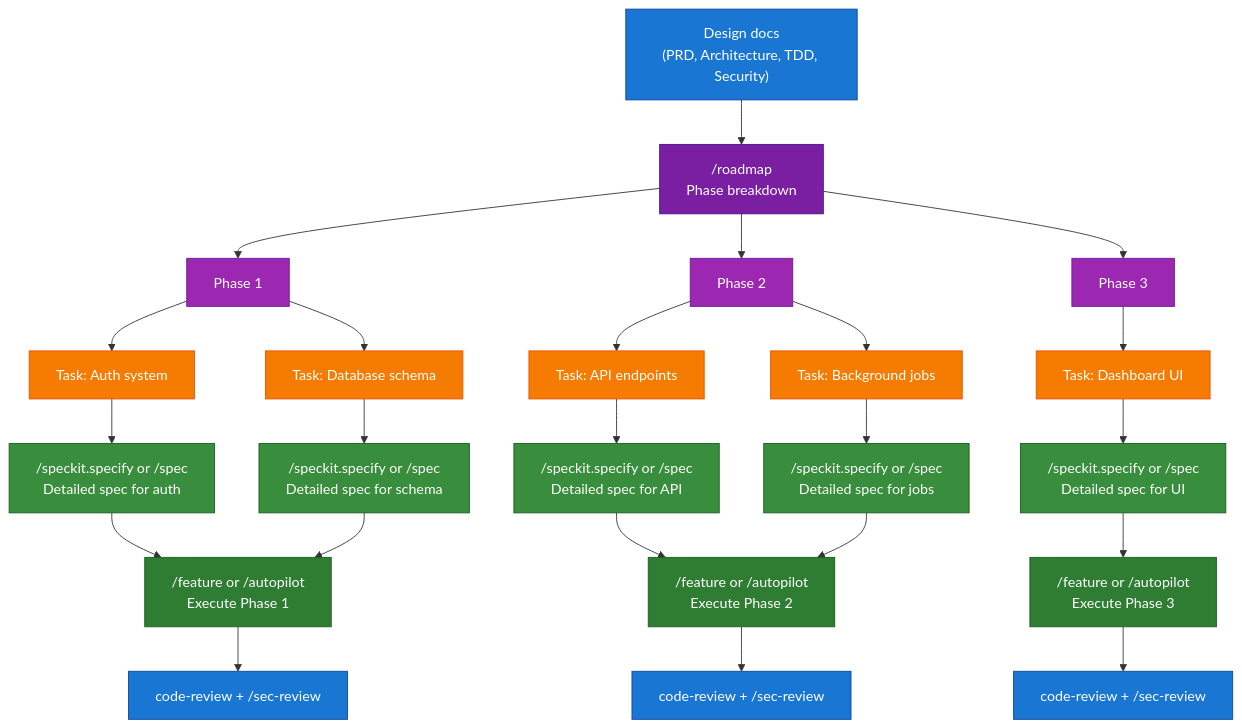
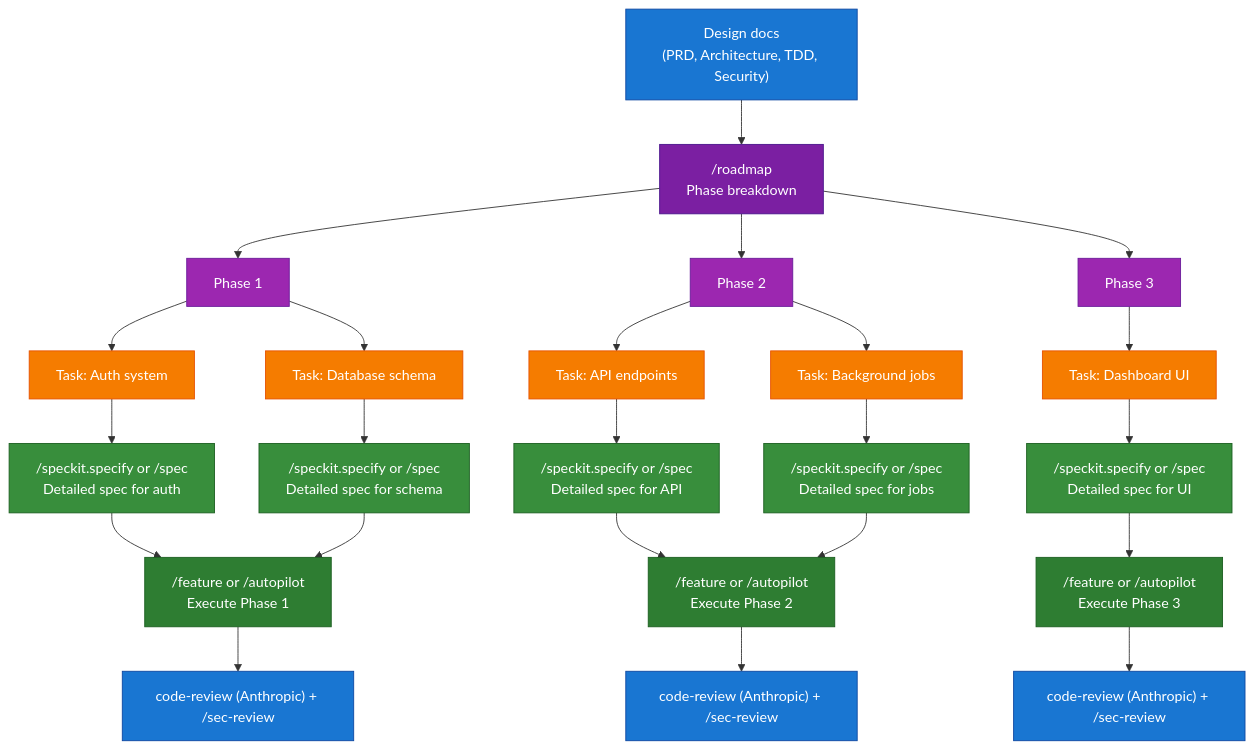
The fourth of 5 diagrams in docs/speckit-integration.md (0xrafasec/ai-workflow), drawn with Mermaid before and after one commit. The commit also changed other lines of this file and 1 other file, not shown here.

First line of the commit message:
docs: disambiguate bare code-review references as Anthropic's skill

````diff
--- a/docs/speckit-integration.md
+++ b/docs/speckit-integration.md
@@ -270,54 +270,54 @@
 ```mermaid
 flowchart TD
     DOCS["Design docs<br/>(PRD, Architecture, TDD, Security)"] --> ROAD["/roadmap<br/>Phase breakdown"]
 
     ROAD --> P1["Phase 1"]
     ROAD --> P2["Phase 2"]
     ROAD --> P3["Phase 3"]
 
     P1 --> T1A["Task: Auth system"]
     P1 --> T1B["Task: Database schema"]
 
     P2 --> T2A["Task: API endpoints"]
     P2 --> T2B["Task: Background jobs"]
 
     P3 --> T3A["Task: Dashboard UI"]
 
     T1A --> S1A["/speckit.specify or /spec<br/>Detailed spec for auth"]
     T1B --> S1B["/speckit.specify or /spec<br/>Detailed spec for schema"]
     T2A --> S2A["/speckit.specify or /spec<br/>Detailed spec for API"]
     T2B --> S2B["/speckit.specify or /spec<br/>Detailed spec for jobs"]
     T3A --> S3A["/speckit.specify or /spec<br/>Detailed spec for UI"]
 
     S1A --> E1["/feature or /autopilot<br/>Execute Phase 1"]
     S1B --> E1
     S2A --> E2["/feature or /autopilot<br/>Execute Phase 2"]
     S2B --> E2
     S3A --> E3["/feature or /autopilot<br/>Execute Phase 3"]
 
-    E1 --> R1["code-review + /sec-review"]
-    E2 --> R2["code-review + /sec-review"]
-    E3 --> R3["code-review + /sec-review"]
+    E1 --> R1["code-review (Anthropic) + /sec-review"]
+    E2 --> R2["code-review (Anthropic) + /sec-review"]
+    E3 --> R3["code-review (Anthropic) + /sec-review"]
 
     style DOCS fill:#1976D2,stroke:#0D47A1,color:#fff
     style ROAD fill:#7B1FA2,stroke:#4A148C,color:#fff
     style P1 fill:#9C27B0,stroke:#6A1B9A,color:#fff
     style P2 fill:#9C27B0,stroke:#6A1B9A,color:#fff
     style P3 fill:#9C27B0,stroke:#6A1B9A,color:#fff
     style T1A fill:#F57C00,stroke:#E65100,color:#fff
     style T1B fill:#F57C00,stroke:#E65100,color:#fff
     style T2A fill:#F57C00,stroke:#E65100,color:#fff
     style T2B fill:#F57C00,stroke:#E65100,color:#fff
     style T3A fill:#F57C00,stroke:#E65100,color:#fff
     style S1A fill:#388E3C,stroke:#1B5E20,color:#fff
     style S1B fill:#388E3C,stroke:#1B5E20,color:#fff
     style S2A fill:#388E3C,stroke:#1B5E20,color:#fff
     style S2B fill:#388E3C,stroke:#1B5E20,color:#fff
     style S3A fill:#388E3C,stroke:#1B5E20,color:#fff
     style E1 fill:#2E7D32,stroke:#1B5E20,color:#fff
     style E2 fill:#2E7D32,stroke:#1B5E20,color:#fff
     style E3 fill:#2E7D32,stroke:#1B5E20,color:#fff
     style R1 fill:#1976D2,stroke:#0D47A1,color:#fff
     style R2 fill:#1976D2,stroke:#0D47A1,color:#fff
     style R3 fill:#1976D2,stroke:#0D47A1,color:#fff
 ```
````
